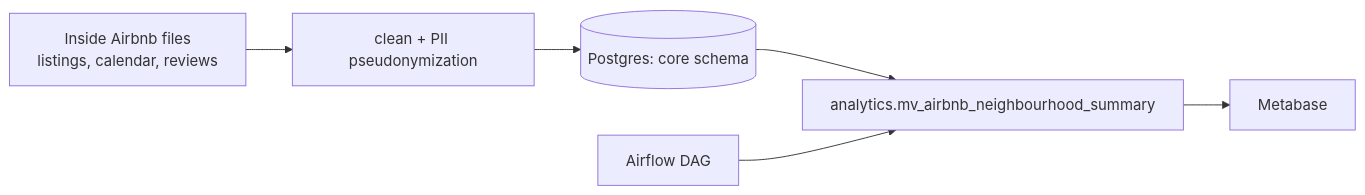
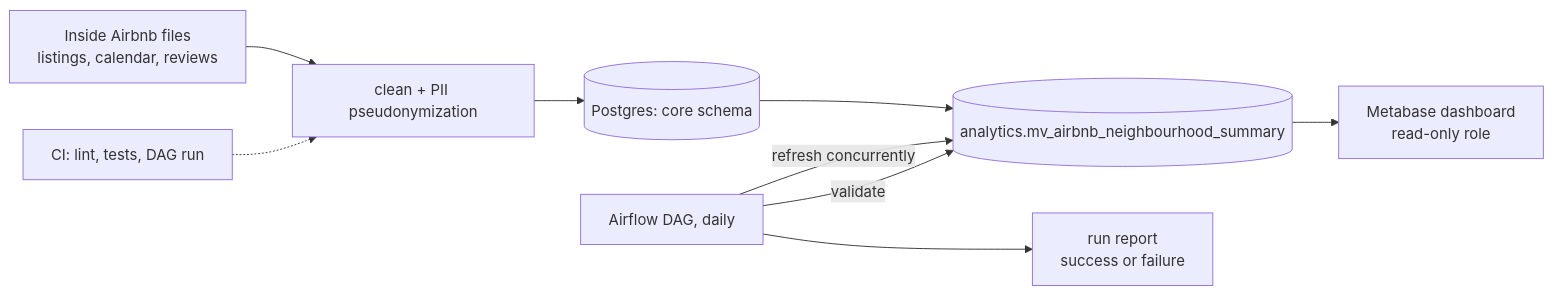
Before and after one commit to mbsoroush/Airbnb-Ops-Platform: the diagram in README.md, drawn with Mermaid. The commit also changed other lines of this file and 1 other file, not shown here.

Commit message:
Polish: CI badge, dashboard screenshot, architecture diagram, newer actions

````diff
--- a/README.md
+++ b/README.md
@@ -18,8 +20,11 @@
 ```mermaid
 flowchart LR
     A[Inside Airbnb files<br/>listings, calendar, reviews] --> B[clean + PII pseudonymization]
     B --> C[(Postgres: core schema)]
-    C --> D[analytics.mv_airbnb_neighbourhood_summary]
-    D --> E[Metabase]
-    F[Airflow DAG] --> D
+    C --> D[(analytics.mv_airbnb_neighbourhood_summary)]
+    D --> E[Metabase dashboard<br/>read-only role]
+    F[Airflow DAG, daily] -->|refresh concurrently| D
+    F -->|validate| D
+    F --> G[run report<br/>success or failure]
+    H[CI: lint, tests, DAG run] -.-> B
 ```
````
